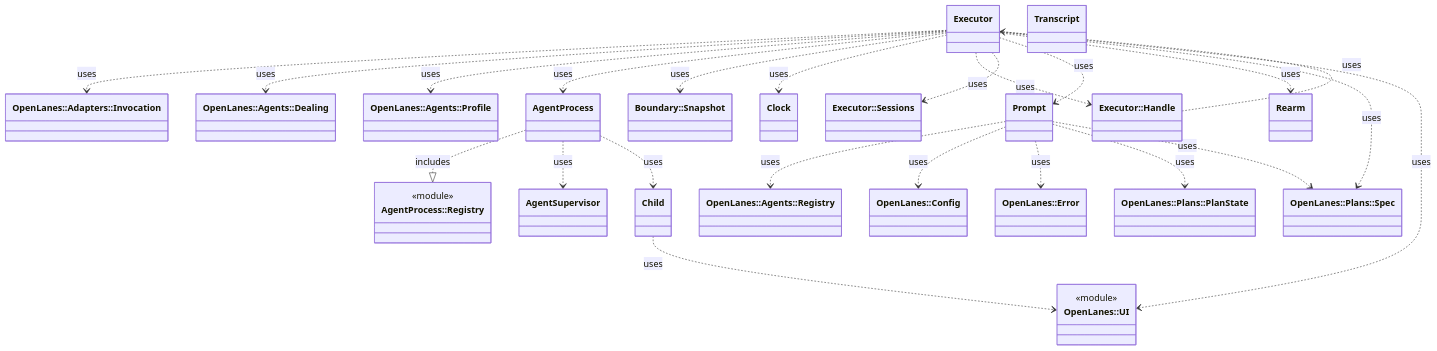
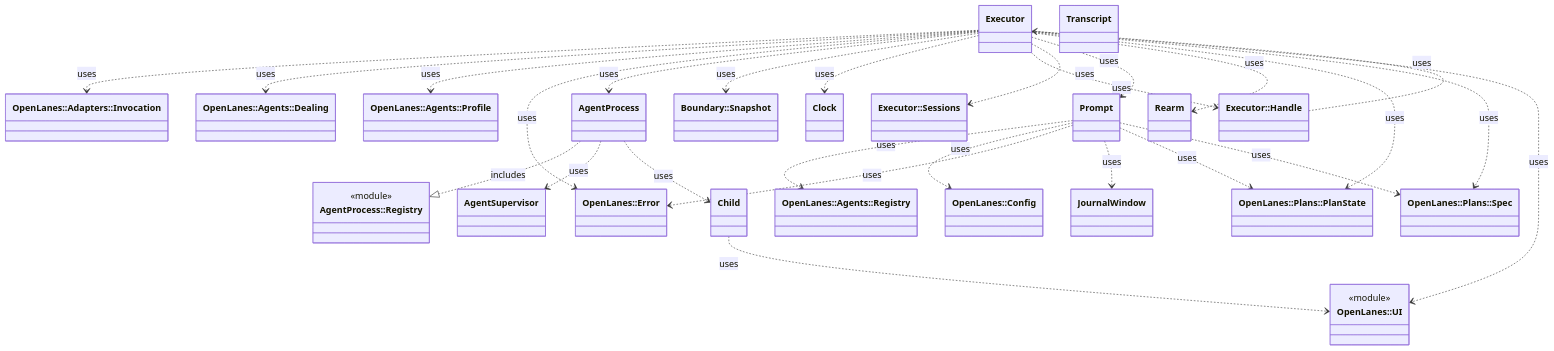
One commit to kigster/openlanes changed the diagram in docs/architecture/openlanes-execution.md. Above: the diagram before and after it, drawn with Mermaid. The commit also changed 2 other files, not shown here.

Commit message:
Regenerate architecture docs for JournalWindow

````diff
--- a/docs/architecture/openlanes-execution.md
+++ b/docs/architecture/openlanes-execution.md
@@ -5,48 +5,52 @@
 ```mermaid
 classDiagram
   class OpenLanes__Adapters__Invocation["OpenLanes::Adapters::Invocation"]
   class OpenLanes__Agents__Dealing["OpenLanes::Agents::Dealing"]
   class OpenLanes__Agents__Profile["OpenLanes::Agents::Profile"]
   class OpenLanes__Agents__Registry["OpenLanes::Agents::Registry"]
   class OpenLanes__Config["OpenLanes::Config"]
   class OpenLanes__Error["OpenLanes::Error"]
   class OpenLanes__Execution__AgentProcess["AgentProcess"]
   class OpenLanes__Execution__AgentProcess__Registry["AgentProcess::Registry"]
   <<module>> OpenLanes__Execution__AgentProcess__Registry
   class OpenLanes__Execution__AgentSupervisor["AgentSupervisor"]
   class OpenLanes__Execution__Boundary__Snapshot["Boundary::Snapshot"]
   class OpenLanes__Execution__Child["Child"]
   class OpenLanes__Execution__Clock["Clock"]
   class OpenLanes__Execution__Executor["Executor"]
   class OpenLanes__Execution__Executor__Handle["Executor::Handle"]
   class OpenLanes__Execution__Executor__Sessions["Executor::Sessions"]
+  class OpenLanes__Execution__JournalWindow["JournalWindow"]
   class OpenLanes__Execution__Prompt["Prompt"]
   class OpenLanes__Execution__Rearm["Rearm"]
   class OpenLanes__Execution__Transcript["Transcript"]
   class OpenLanes__Plans__PlanState["OpenLanes::Plans::PlanState"]
   class OpenLanes__Plans__Spec["OpenLanes::Plans::Spec"]
   class OpenLanes__UI["OpenLanes::UI"]
   <<module>> OpenLanes__UI
   OpenLanes__Execution__AgentProcess ..|> OpenLanes__Execution__AgentProcess__Registry : includes
   OpenLanes__Execution__AgentProcess ..> OpenLanes__Execution__AgentSupervisor : uses
   OpenLanes__Execution__AgentProcess ..> OpenLanes__Execution__Child : uses
   OpenLanes__Execution__Child ..> OpenLanes__UI : uses
   OpenLanes__Execution__Executor ..> OpenLanes__Adapters__Invocation : uses
   OpenLanes__Execution__Executor ..> OpenLanes__Agents__Dealing : uses
   OpenLanes__Execution__Executor ..> OpenLanes__Agents__Profile : uses
+  OpenLanes__Execution__Executor ..> OpenLanes__Error : uses
   OpenLanes__Execution__Executor ..> OpenLanes__Execution__AgentProcess : uses
   OpenLanes__Execution__Executor ..> OpenLanes__Execution__Boundary__Snapshot : uses
   OpenLanes__Execution__Executor ..> OpenLanes__Execution__Clock : uses
   OpenLanes__Execution__Executor ..> OpenLanes__Execution__Executor__Handle : uses
   OpenLanes__Execution__Executor ..> OpenLanes__Execution__Executor__Sessions : uses
   OpenLanes__Execution__Executor ..> OpenLanes__Execution__Prompt : uses
   OpenLanes__Execution__Executor ..> OpenLanes__Execution__Rearm : uses
+  OpenLanes__Execution__Executor ..> OpenLanes__Plans__PlanState : uses
   OpenLanes__Execution__Executor ..> OpenLanes__Plans__Spec : uses
   OpenLanes__Execution__Executor ..> OpenLanes__UI : uses
   OpenLanes__Execution__Executor__Handle ..> OpenLanes__Execution__Executor : uses
   OpenLanes__Execution__Prompt ..> OpenLanes__Agents__Registry : uses
   OpenLanes__Execution__Prompt ..> OpenLanes__Config : uses
   OpenLanes__Execution__Prompt ..> OpenLanes__Error : uses
+  OpenLanes__Execution__Prompt ..> OpenLanes__Execution__JournalWindow : uses
   OpenLanes__Execution__Prompt ..> OpenLanes__Plans__PlanState : uses
   OpenLanes__Execution__Prompt ..> OpenLanes__Plans__Spec : uses
 ```
````
